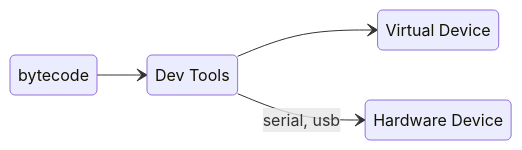
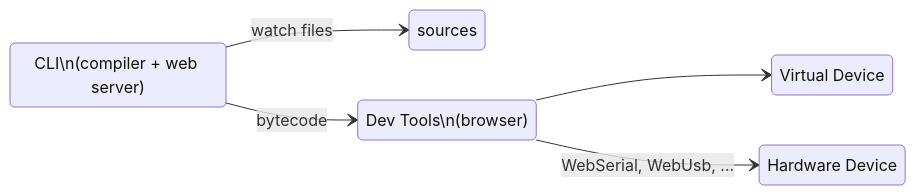
Before and after one commit to microsoft/devicescript: the diagram in website/docs/api/cli.md, drawn with Mermaid.

Commit message:
better diagram

````diff
--- a/website/docs/api/cli.md
+++ b/website/docs/api/cli.md
@@ -101,10 +101,13 @@
 ```mermaid
 stateDiagram-v2
     direction LR
-    browser: Dev Tools
+    sources
+    cli: CLI\n(compiler + web server)
+    browser: Dev Tools\n(browser)
     vdev: Virtual Device
     dev: Hardware Device
-    bytecode --> browser
+    cli --> sources: watch files
+    cli --> browser: bytecode
     browser --> vdev
-    browser --> dev: serial, usb
+    browser --> dev: WebSerial, WebUsb, ...
 ```
````
